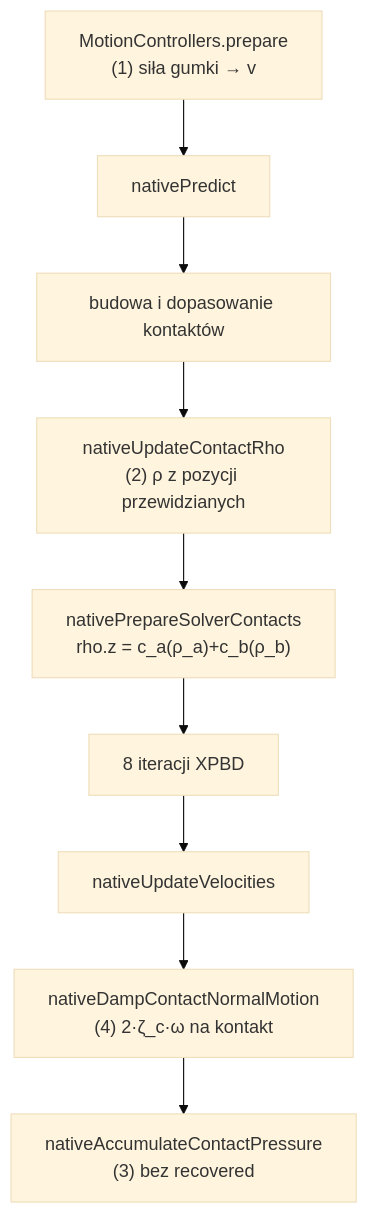
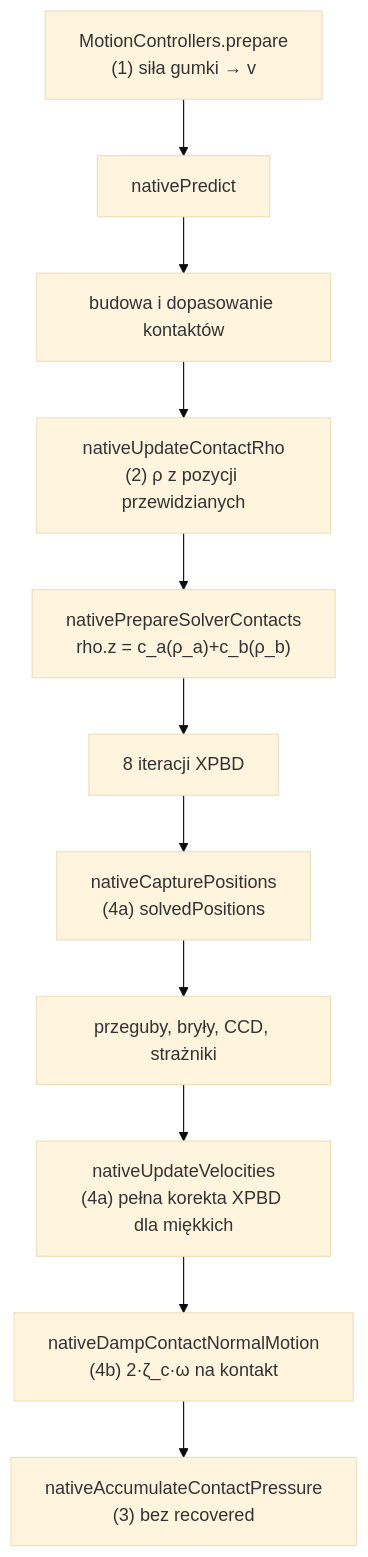
One commit to MariuszAdamowicz/BubblePhysics changed the third of 3 diagrams in docs/sdlc/changes/2026-11-19-engine-v2-3-0/change-design.md. Above: the diagram before and after it, drawn with Mermaid (base theme). The commit also changed other lines of this file, not shown here.

````diff
--- a/docs/sdlc/changes/2026-11-19-engine-v2-3-0/change-design.md
+++ b/docs/sdlc/changes/2026-11-19-engine-v2-3-0/change-design.md
@@ -128,11 +139,13 @@
 ```mermaid
 flowchart TD
   prep["MotionControllers.prepare<br/>(1) siła gumki → v"] --> predict["nativePredict"]
   predict --> contacts["budowa i dopasowanie kontaktów"]
   contacts --> rho["nativeUpdateContactRho<br/>(2) ρ z pozycji przewidzianych"]
   rho --> prepc["nativePrepareSolverContacts<br/>rho.z = c_a(ρ_a)+c_b(ρ_b)"]
   prepc --> iters["8 iteracji XPBD"]
-  iters --> vel["nativeUpdateVelocities"]
-  vel --> damp["nativeDampContactNormalMotion<br/>(4) 2·ζ_c·ω na kontakt"]
+  iters --> cap["nativeCapturePositions<br/>(4a) solvedPositions"]
+  cap --> guards["przeguby, bryły, CCD, strażniki"]
+  guards --> vel["nativeUpdateVelocities<br/>(4a) pełna korekta XPBD dla miękkich"]
+  vel --> damp["nativeDampContactNormalMotion<br/>(4b) 2·ζ_c·ω na kontakt"]
   damp --> contour["nativeAccumulateContactPressure<br/>(3) bez recovered"]
 ```
````
